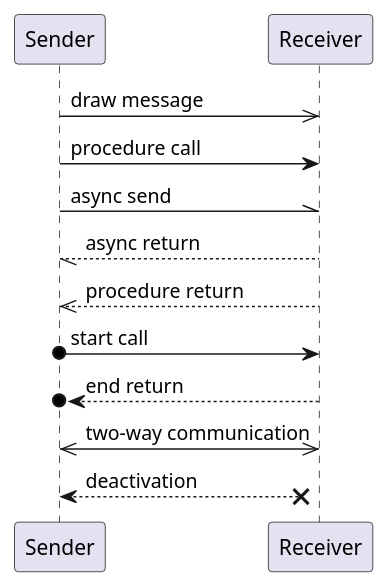
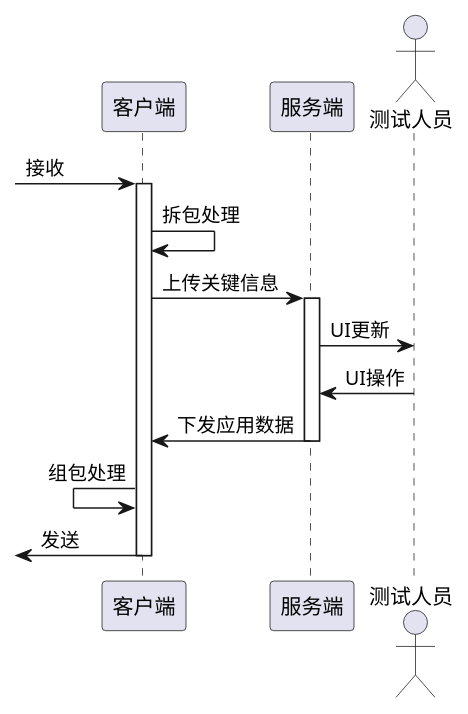
The diagram in sample/app/src/main/java/template/TemplateSequence.puml (uservGitHub/uml), drawn with PlantUML before and after one commit. The commit also changed 3 other files, not shown here.

```diff
--- a/sample/app/src/main/java/template/TemplateSequence.puml
+++ b/sample/app/src/main/java/template/TemplateSequence.puml
@@ -1,16 +1,33 @@
 @startuml
 /'
 >>消息 >过程 o起终点 x结束 --返回 \/异步
-'/
 participant "Sender" as snd
 participant "Receiver" as rcv
 snd ->> rcv: draw message
 snd -> rcv: procedure call
 snd -\\ rcv: async send
 snd \\-- rcv: async return
 snd <<-- rcv: procedure return
 snd o-> rcv: start call
 snd o<-- rcv: end return
 snd <<->> rcv: two-way communication
 snd <--x rcv: deactivation
+'/
+participant "客户端" as client
+participant "服务端" as server
+actor "测试人员" as tester
+
+[-> client: 接收
+activate client
+client -> client: 拆包处理
+client -> server: 上传关键信息
+activate server
+server ->tester: UI更新
+server <-tester: UI操作
+client <- server: 下发应用数据
+deactivate server
+client <- client: 组包处理
+[<- client: 发送
+deactivate client
+
 @enduml
```
